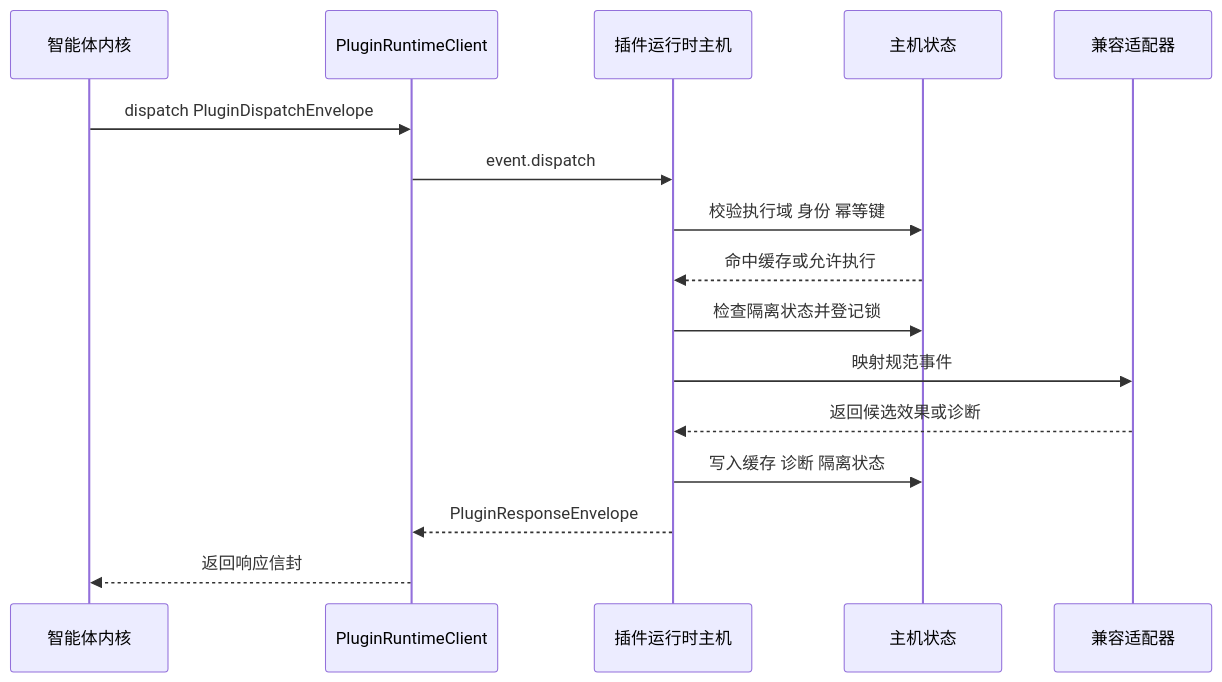
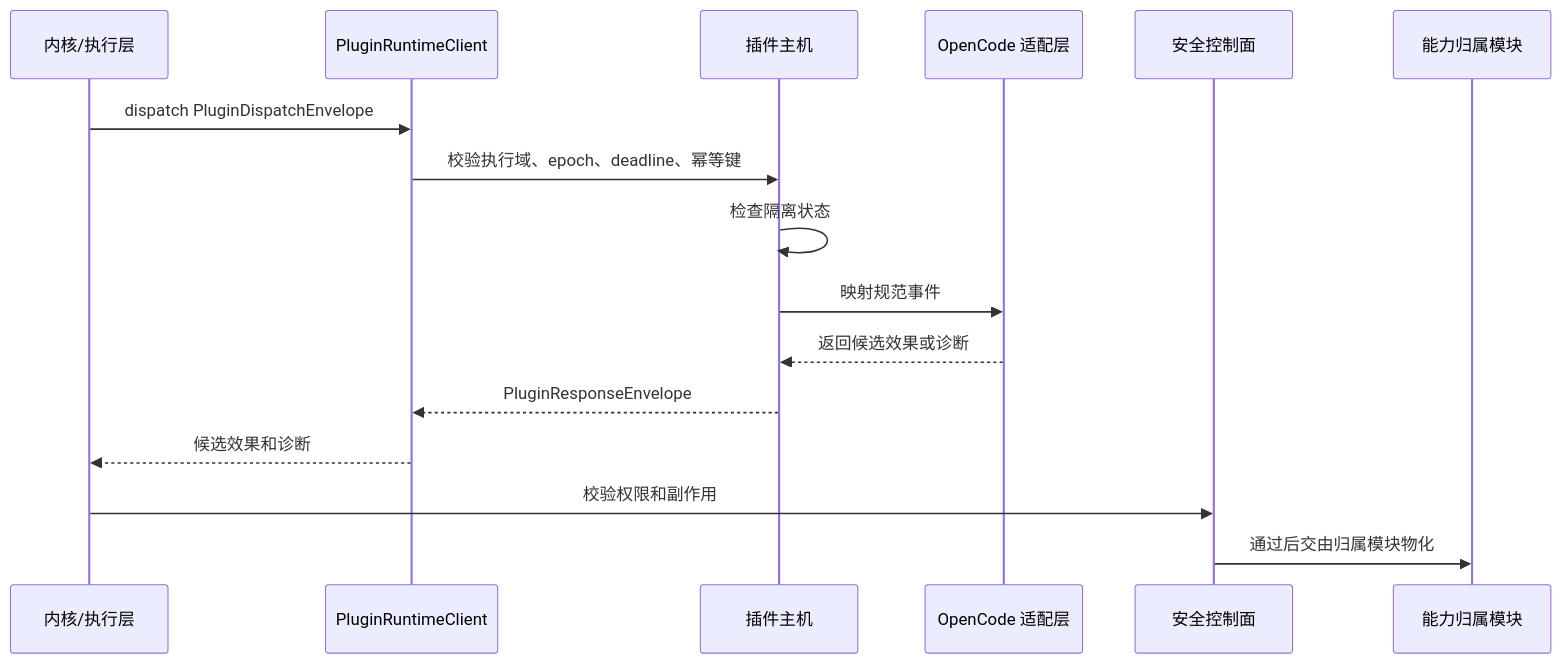
The second of 2 diagrams in docs/architecture/plugin-runtime-host-design.md (1688mengdie/BitFun), drawn with Mermaid before and after one commit. The commit also changed other lines of this file and 20 other files, not shown here.

````diff
--- a/docs/architecture/plugin-runtime-host-design.md
+++ b/docs/architecture/plugin-runtime-host-design.md
@@ -519,19 +107,19 @@
 ```mermaid
 sequenceDiagram
-  participant Kernel as 智能体内核
+  participant Kernel as 内核/执行层
   participant Client as PluginRuntimeClient
-  participant Host as 插件运行时主机
-  participant State as 主机状态
-  participant Adapter as 兼容适配器
+  participant Host as 插件主机
+  participant Adapter as OpenCode 适配层
+  participant Security as 安全控制面
+  participant Owner as 能力归属模块
 
   Kernel->>Client: dispatch PluginDispatchEnvelope
-  Client->>Host: event.dispatch
-  Host->>State: 校验执行域 身份 幂等键
-  State-->>Host: 命中缓存或允许执行
-  Host->>State: 检查隔离状态并登记锁
+  Client->>Host: 校验执行域、epoch、deadline、幂等键
+  Host->>Host: 检查隔离状态
   Host->>Adapter: 映射规范事件
   Adapter-->>Host: 返回候选效果或诊断
-  Host->>State: 写入缓存 诊断 隔离状态
   Host-->>Client: PluginResponseEnvelope
-  Client-->>Kernel: 返回响应信封
+  Client-->>Kernel: 候选效果和诊断
+  Kernel->>Security: 校验权限和副作用
+  Security->>Owner: 通过后交由归属模块物化
 ```
````
